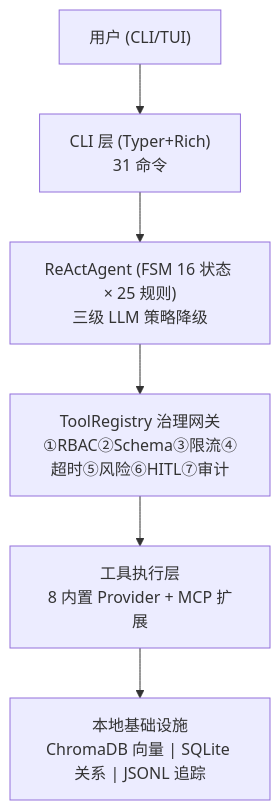
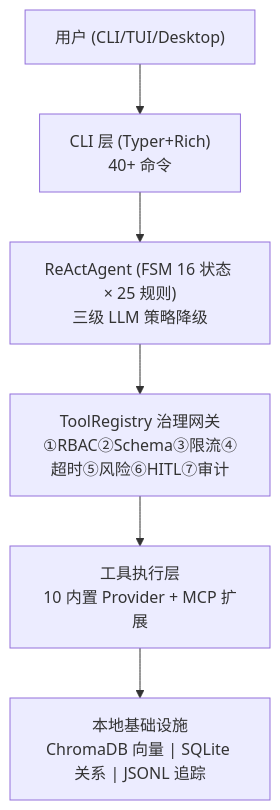
One commit to paipaipai666/agent-nexus changed the diagram in wiki/Home.md. Above: the diagram before and after it, drawn with Mermaid. The commit also changed other lines of this file and 15 other files, not shown here.

````diff
--- a/wiki/Home.md
+++ b/wiki/Home.md
@@ -12,8 +12,8 @@
 ```mermaid
 graph TD
-    User["用户 (CLI/TUI)"] --> CLI["CLI 层 (Typer+Rich)<br>31 命令"]
+    User["用户 (CLI/TUI/Desktop)"] --> CLI["CLI 层 (Typer+Rich)<br>40+ 命令"]
     CLI --> ReAct["ReActAgent (FSM 16 状态 × 25 规则)<br>三级 LLM 策略降级"]
     ReAct --> Gate["ToolRegistry 治理网关<br>①RBAC②Schema③限流④超时⑤风险⑥HITL⑦审计"]
-    Gate --> Tools["工具执行层<br>8 内置 Provider + MCP 扩展"]
+    Gate --> Tools["工具执行层<br>10 内置 Provider + MCP 扩展"]
     Tools --> Local["本地基础设施<br>ChromaDB 向量 | SQLite 关系 | JSONL 追踪"]
 ```
````
